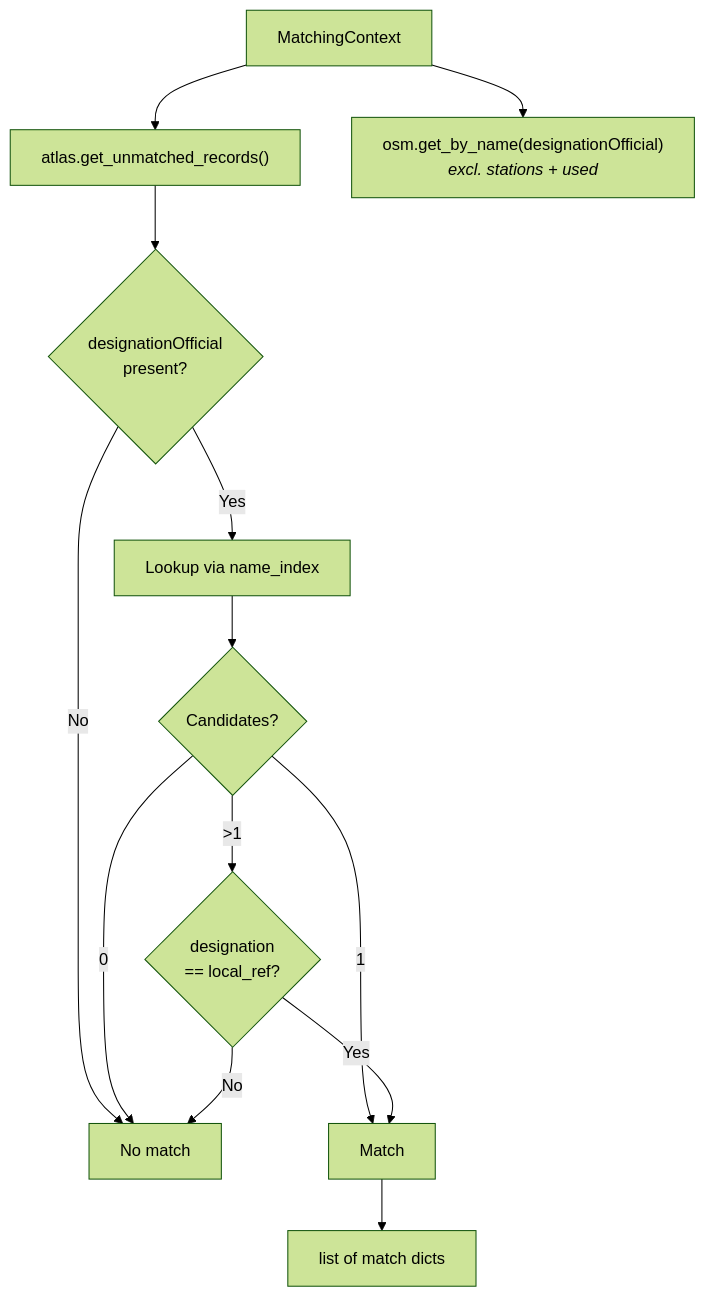
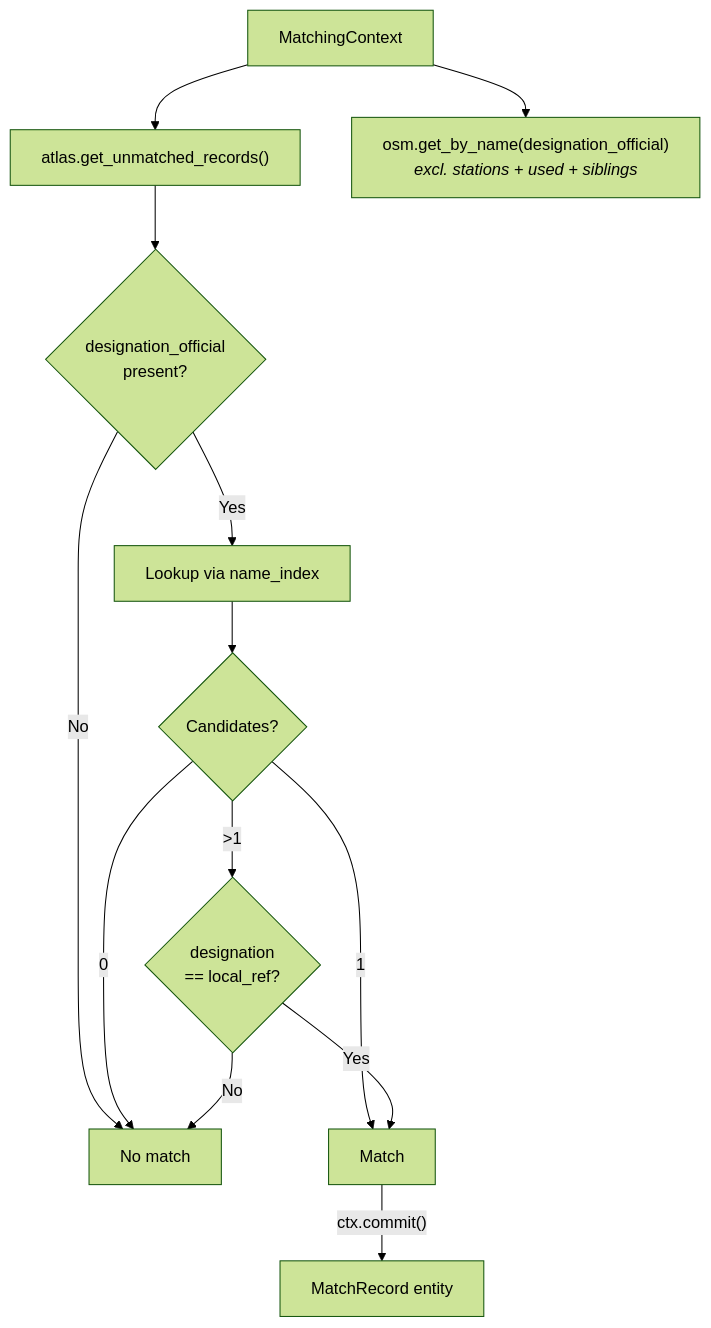
One commit to openTdataCH/stop_sync_osm_atlas changed the diagram in documentation/2.2 Name matching.md. Above: the diagram before and after it, drawn with Mermaid (forest theme). The commit also changed other lines of this file and 35 other files, not shown here.

````diff
--- a/documentation/2.2 Name matching.md
+++ b/documentation/2.2 Name matching.md
@@ -5,15 +5,15 @@
 ```mermaid
 flowchart TB
     CTX["MatchingContext"] --> UA["atlas.get_unmatched_records()"]
-    CTX --> OSM["osm.get_by_name(designationOfficial)<br/><i>excl. stations + used</i>"]
-    UA --> Z{"designationOfficial<br/>present?"}
+    CTX --> OSM["osm.get_by_name(designation_official)<br/><i>excl. stations + used + siblings</i>"]
+    UA --> Z{"designation_official<br/>present?"}
     Z -->|No| X["No match"]
     Z -->|Yes| K["Lookup via name_index"]
     K --> S{"Candidates?"}
     S -->|0| X
     S -->|1| M["Match"]
     S -->|">1"| D{"designation<br/>== local_ref?"}
     D -->|Yes| M
     D -->|No| X
-    M --> OUT["list of match dicts"]
+    M -->|"ctx.commit()"| OUT["MatchRecord entity"]
 ```
````
